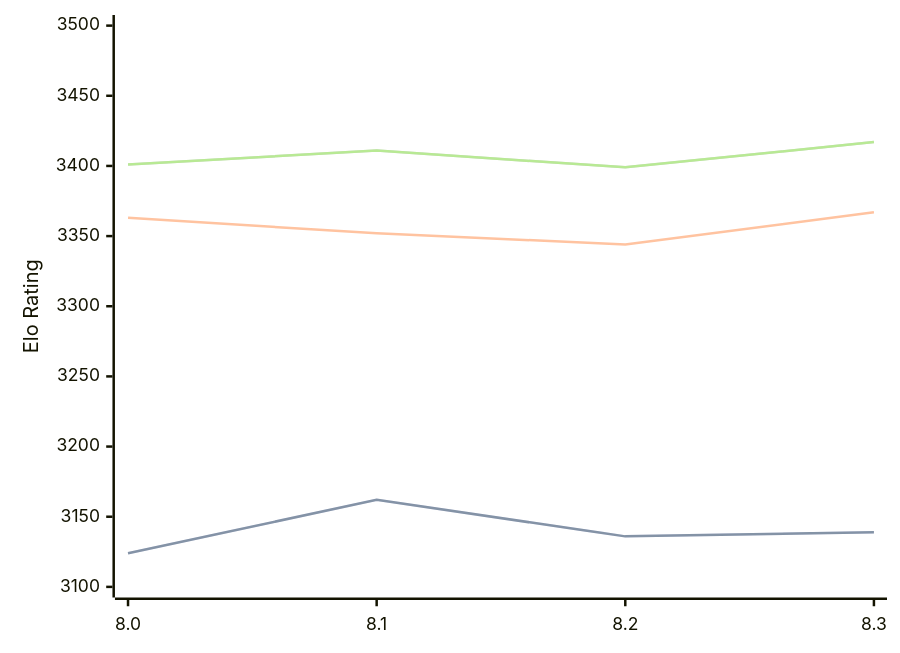
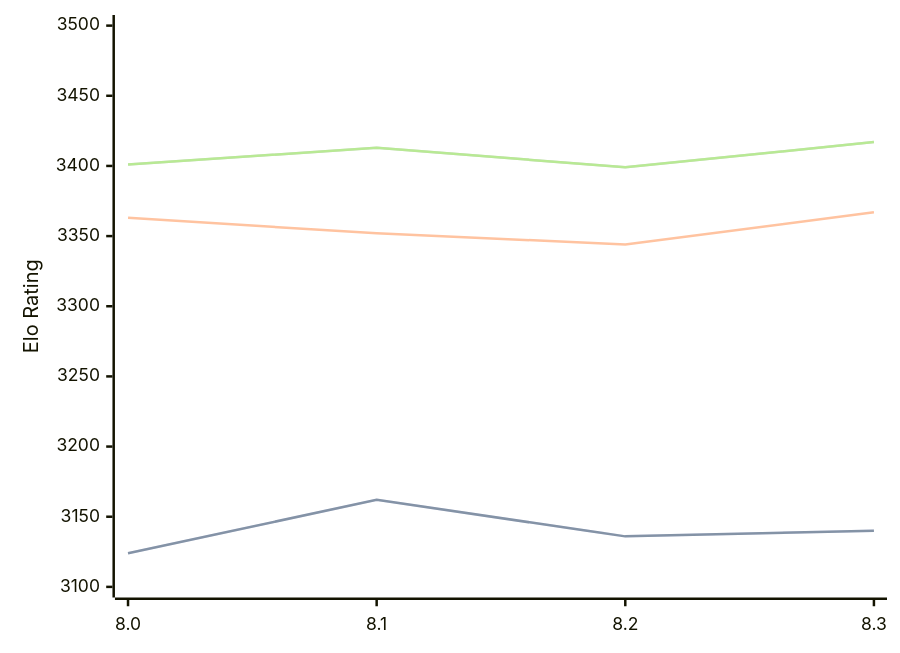
Before and after one commit to computer-chess-index/cci: the third of 3 diagrams in engines/Alexander.md, drawn with Mermaid. The commit also changed other lines of this file, not shown here.

Commit message:
Update CCI Ratings (ELO VLTC) - 2026-06-18

````diff
--- a/engines/Alexander.md
+++ b/engines/Alexander.md
@@ -81,11 +81,11 @@
 ```mermaid
 %%{init: {"theme":"base","themeVariables":{"seriesColors:['#a3a3a3','#222221','#faa371']}}}%%
 xychart-beta
   x-axis ["8.0", "8.1", "8.2", "8.3"]
   y-axis "Elo Rating" 3100 --> 3500
-  line "STC (8.0+0.08s)" [3124, 3162, 3136, 3139]
-  line "STC (8.0+0.08s)" [3124, 3162, 3136, 3139]
+  line "STC (8.0+0.08s)" [3124, 3162, 3136, 3140]
+  line "STC (8.0+0.08s)" [3124, 3162, 3136, 3140]
   line "LTC (60.0+0.60s)" [3363, 3352, 3344, 3367]
-  line "VLTC (2m24s+1.12s)" [3401, 3411, 3399, 3417]
-  line "VLTC (2m24s+1.12s)" [3401, 3411, 3399, 3417]
+  line "VLTC (2m24s+1.12s)" [3401, 3413, 3399, 3417]
+  line "VLTC (2m24s+1.12s)" [3401, 3413, 3399, 3417]
 ```
````
